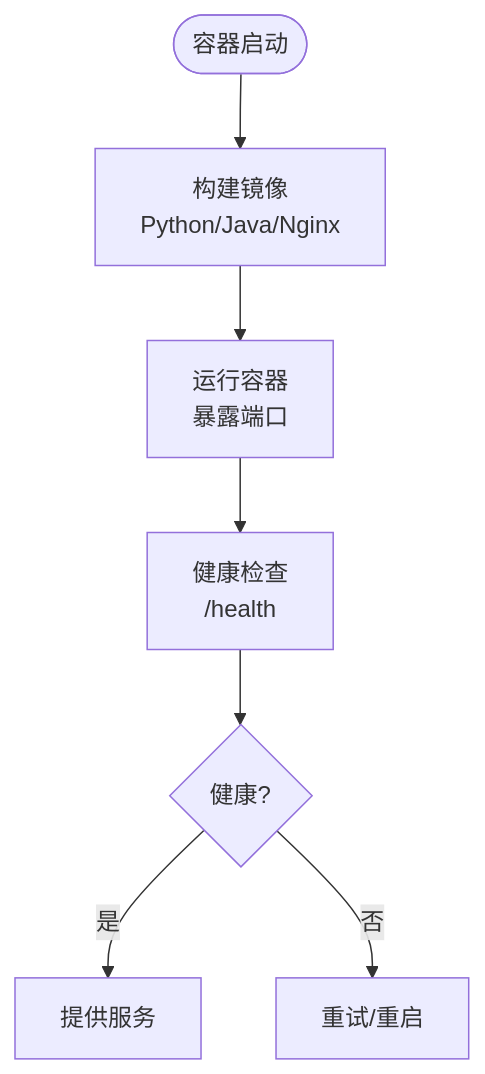
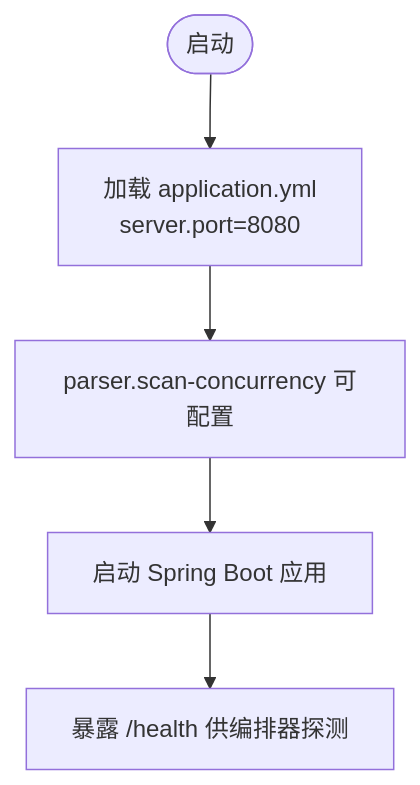
Before and after one commit to Joeyzheng001/LLM-AutoTest: the fourth of 5 diagrams in .qoder/repowiki/zh/content/部署运维/部署运维.md, drawn with Mermaid. The commit also changed other lines of this file and 186 other files, not shown here.

````diff
--- a/.qoder/repowiki/zh/content/部署运维/部署运维.md
+++ b/.qoder/repowiki/zh/content/部署运维/部署运维.md
@@ -133,9 +153,7 @@
 ```mermaid
 flowchart TD
-Start(["容器启动"]) --> Build["构建镜像<br/>Python/Java/Nginx"]
-Build --> Run["运行容器<br/>暴露端口"]
-Run --> Health["健康检查<br/>/health"]
-Health --> Ready{"健康?"}
-Ready --> |是| Serve["提供服务"]
-Ready --> |否| Retry["重试/重启"]
+Start(["启动"]) --> LoadCfg["加载 application.yml<br/>server.port=8080"]
+LoadCfg --> ScanCfg["parser.scan-concurrency 可配置"]
+ScanCfg --> Run["启动 Spring Boot 应用"]
+Run --> Health["暴露 /health 供编排器探测"]
 ```
````
